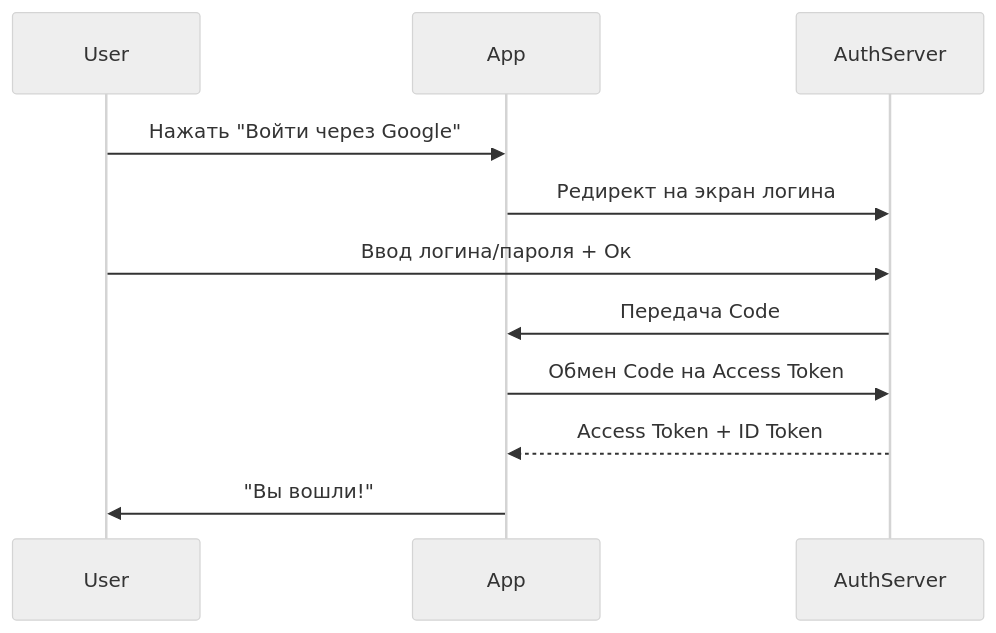
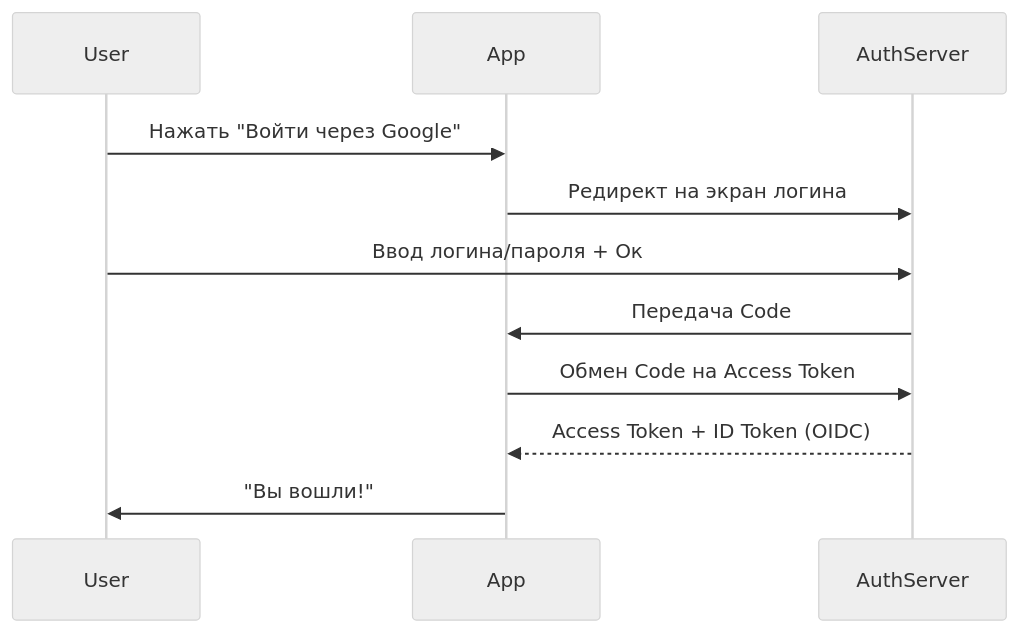
Before and after one commit to IBraveMonkey/data_structure-algorithms: the second of 4 diagrams in информатика(теория)/security/0.OAuth2_OpenID.md, drawn with Mermaid (neutral theme). The commit also changed other lines of this file and 22 other files, not shown here.

````diff
--- a/информатика(теория)/security/0.OAuth2_OpenID.md
+++ b/информатика(теория)/security/0.OAuth2_OpenID.md
@@ -59,14 +73,14 @@
 ```mermaid
 sequenceDiagram
     participant User
     participant App
     participant AuthServer
     
     User->>App: Нажать "Войти через Google"
     App->>AuthServer: Редирект на экран логина
     User->>AuthServer: Ввод логина/пароля + Ок
     AuthServer->>App: Передача Code
     App->>AuthServer: Обмен Code на Access Token
-    AuthServer-->>App: Access Token + ID Token
+    AuthServer-->>App: Access Token + ID Token (OIDC)
     App->>User: "Вы вошли!"
 ```
````
